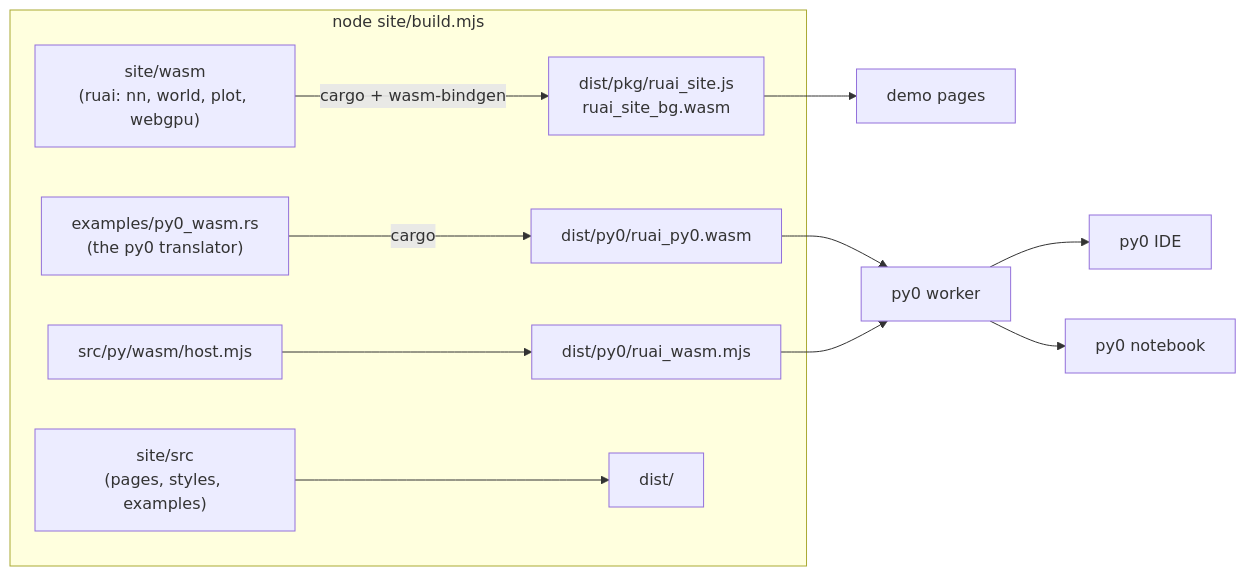
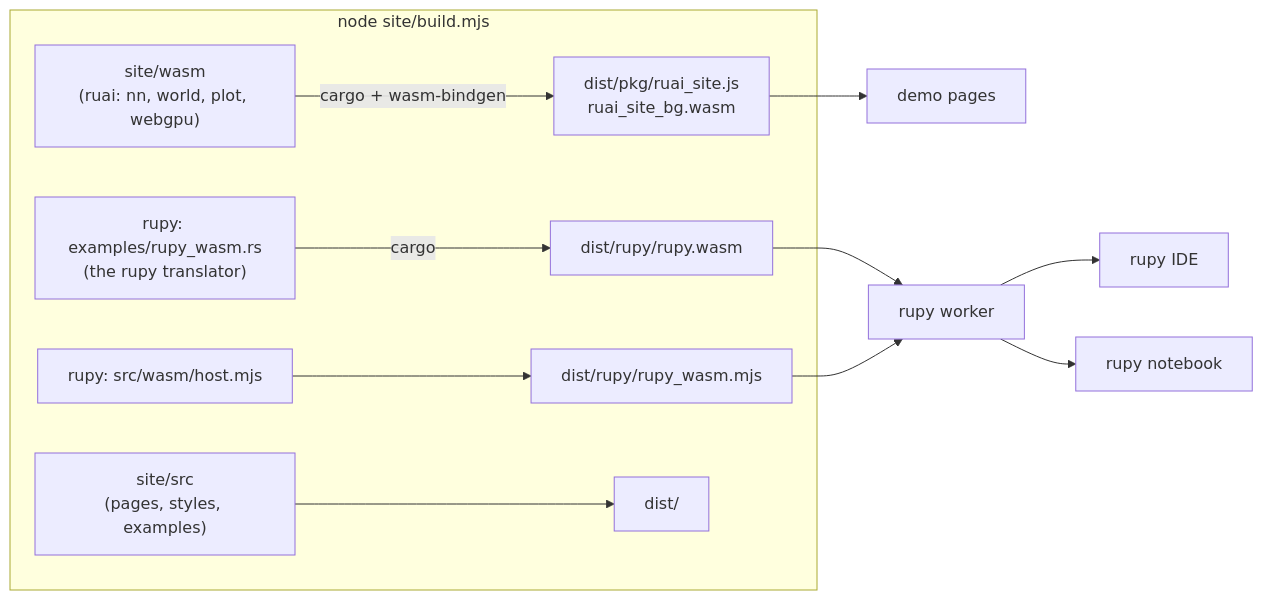
Before and after one commit to ccc-llm/ruai: the diagram in doc/site.md, drawn with Mermaid. The commit also changed other lines of this file and 528 other files, not shown here.

````diff
--- a/doc/site.md
+++ b/doc/site.md
@@ -45,14 +47,14 @@
 ```mermaid
 flowchart LR
   subgraph build["node site/build.mjs"]
     W["site/wasm<br/>(ruai: nn, world, plot, webgpu)"] -->|cargo + wasm-bindgen| P["dist/pkg/ruai_site.js<br/>ruai_site_bg.wasm"]
-    C["examples/py0_wasm.rs<br/>(the py0 translator)"] -->|cargo| Q["dist/py0/ruai_py0.wasm"]
-    H["src/py/wasm/host.mjs"] --> R["dist/py0/ruai_wasm.mjs"]
+    C["rupy: examples/rupy_wasm.rs<br/>(the rupy translator)"] -->|cargo| Q["dist/rupy/rupy.wasm"]
+    H["rupy: src/wasm/host.mjs"] --> R["dist/rupy/rupy_wasm.mjs"]
     S["site/src<br/>(pages, styles, examples)"] --> D["dist/"]
   end
   P --> Demos["demo pages"]
-  Q --> Worker["py0 worker"]
+  Q --> Worker["rupy worker"]
   R --> Worker
-  Worker --> IDE["py0 IDE"]
-  Worker --> NB["py0 notebook"]
+  Worker --> IDE["rupy IDE"]
+  Worker --> NB["rupy notebook"]
 ```
````
